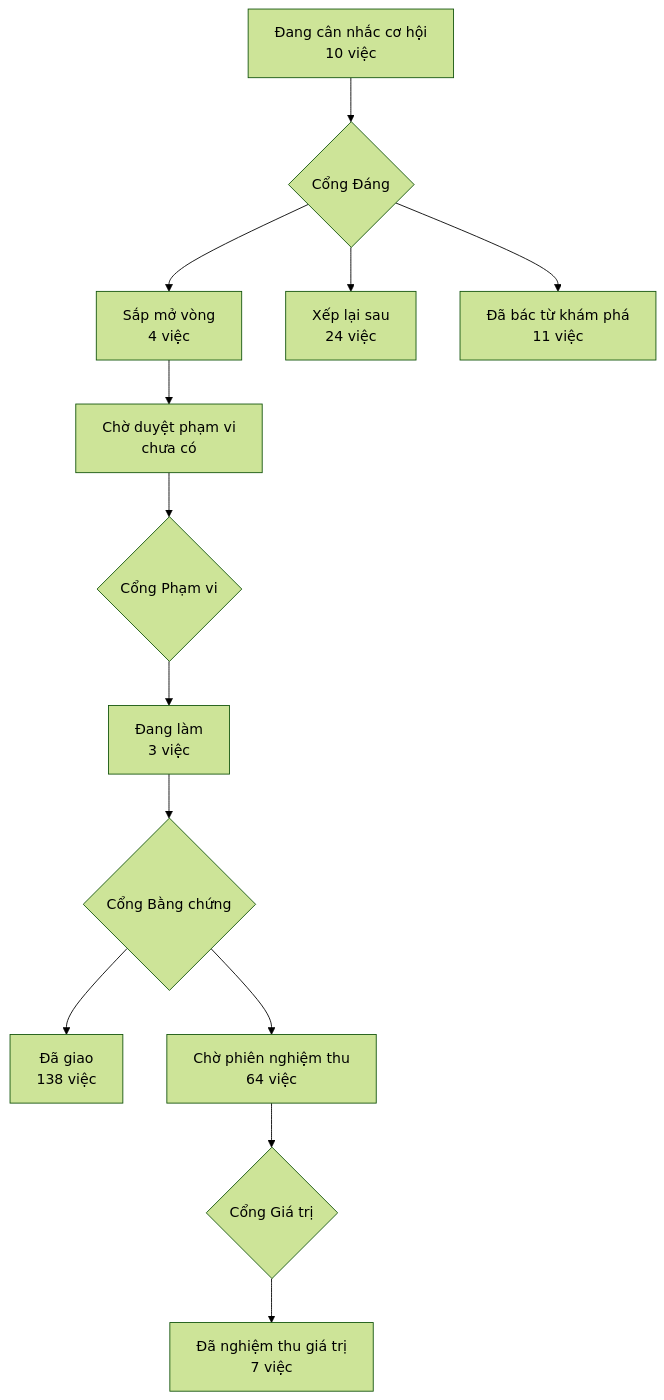
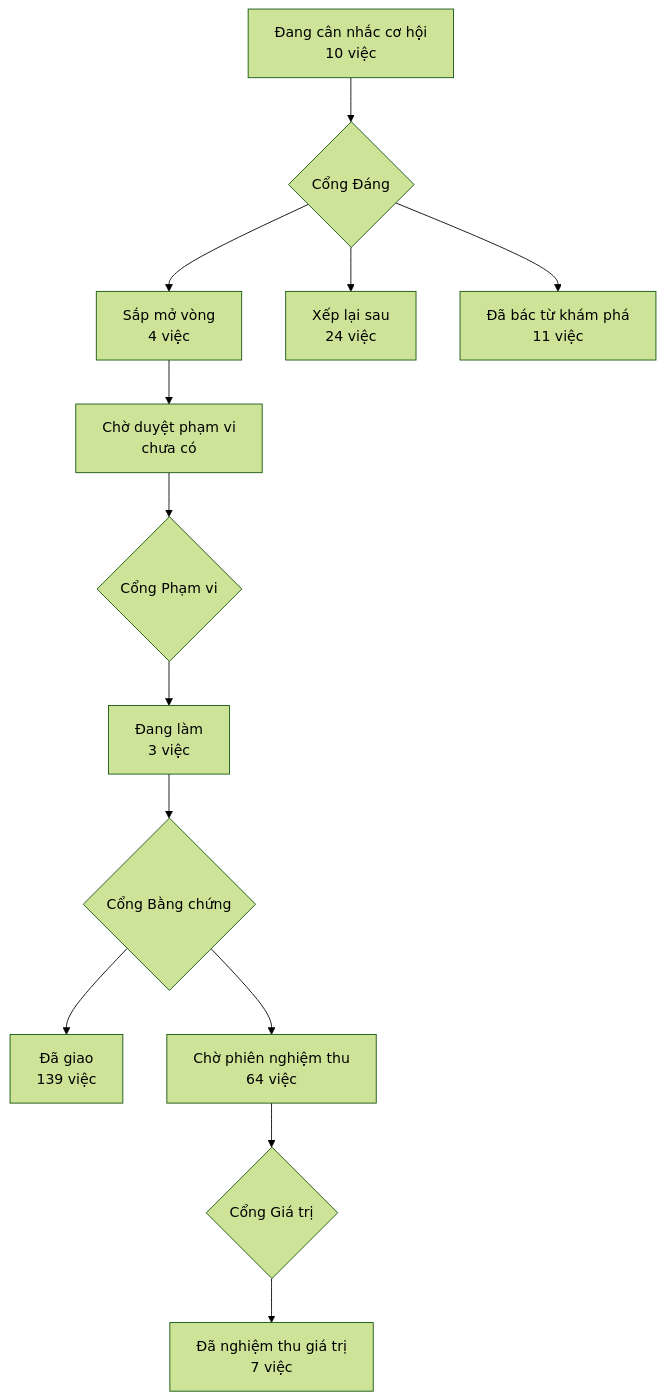
One commit to phanlemanh/acceptance-gate-kit changed the diagram in PRODUCT-MAP.md. Above: the diagram before and after it, drawn with Mermaid (forest theme). The commit also changed other lines of this file and 2 other files, not shown here.

Commit message:
s4(chi-tep-vat-keo-xet-lai): verified — lượt 3 thử lại PASS; vẽ lại bản đồ sau gộp main 5eaed0cd

````diff
--- a/PRODUCT-MAP.md
+++ b/PRODUCT-MAP.md
@@ -7,12 +7,12 @@
 ```mermaid
 flowchart TD
   A["Đang cân nhắc cơ hội<br/>10 việc"] --> GD{"Cổng Đáng"}
   GD --> B["Sắp mở vòng<br/>4 việc"]
   GD --> XL["Xếp lại sau<br/>24 việc"]
   GD --> DB["Đã bác từ khám phá<br/>11 việc"]
   B --> CD["Chờ duyệt phạm vi<br/>chưa có"] --> GP{"Cổng Phạm vi"}
   GP --> DL["Đang làm<br/>3 việc"] --> GB{"Cổng Bằng chứng"}
-  GB --> DG["Đã giao<br/>138 việc"]
+  GB --> DG["Đã giao<br/>139 việc"]
   GB --> CN["Chờ phiên nghiệm thu<br/>64 việc"] --> GG{"Cổng Giá trị"}
   GG --> NT["Đã nghiệm thu giá trị<br/>7 việc"]
 ```
````
